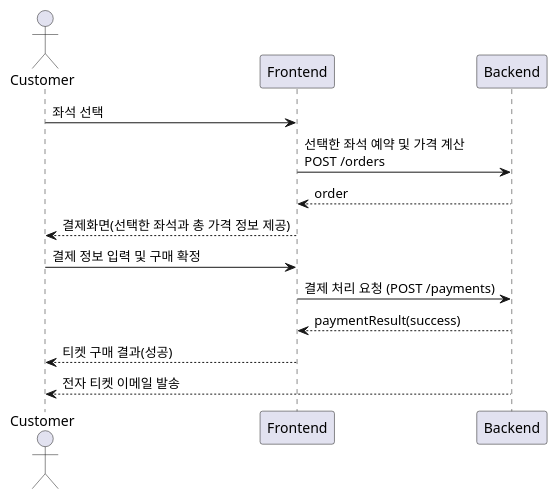
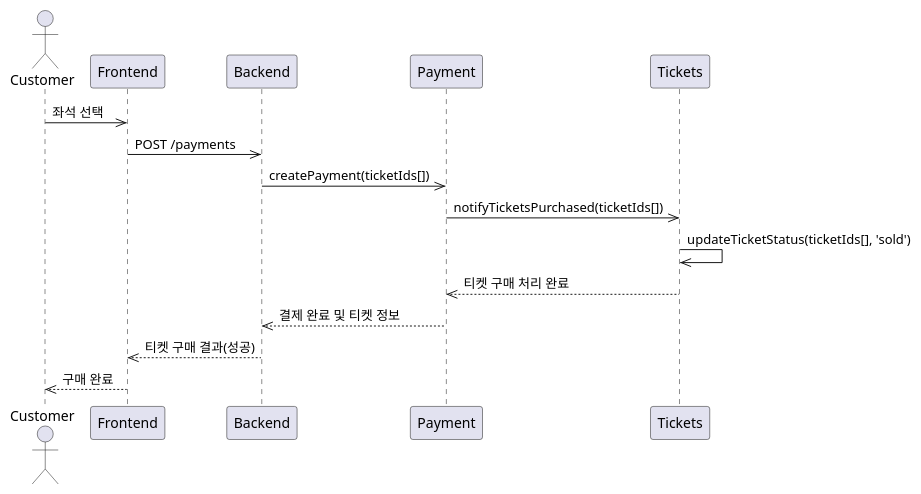
Before and after one commit to hunjuly/nest-seed: the sixth of 6 diagrams in docs/tickets-purchase.md, drawn with PlantUML. The commit also changed other lines of this file and 21 other files, not shown here.

````diff
--- a/docs/tickets-purchase.md
+++ b/docs/tickets-purchase.md
@@ -173,15 +173,15 @@
 ```plantuml
 @startuml
 actor Customer
 
-Customer -> Frontend : 좌석 선택
-Frontend -> Backend : 선택한 좌석 예약 및 가격 계산\nPOST /orders
-Frontend <-- Backend : order
-Customer <-- Frontend : 결제화면(선택한 좌석과 총 가격 정보 제공)
-Customer -> Frontend : 결제 정보 입력 및 구매 확정
-Frontend -> Backend : 결제 처리 요청 (POST /payments)
-Frontend <-- Backend : paymentResult(success)
-Customer <-- Frontend : 티켓 구매 결과(성공)
-Customer <-- Backend : 전자 티켓 이메일 발송
+Customer->>Frontend: 좌석 선택
+    Frontend->>Backend: POST /payments
+        Backend->>Payment: createPayment(ticketIds[])
+            Payment->>Tickets: notifyTicketsPurchased(ticketIds[])
+                Tickets->>Tickets: updateTicketStatus(ticketIds[], 'sold')
+            Tickets-->>Payment: 티켓 구매 처리 완료
+        Payment-->>Backend: 결제 완료 및 티켓 정보
+    Backend-->>Frontend: 티켓 구매 결과(성공)
+Frontend-->>Customer: 구매 완료
 @enduml
 ```
````
